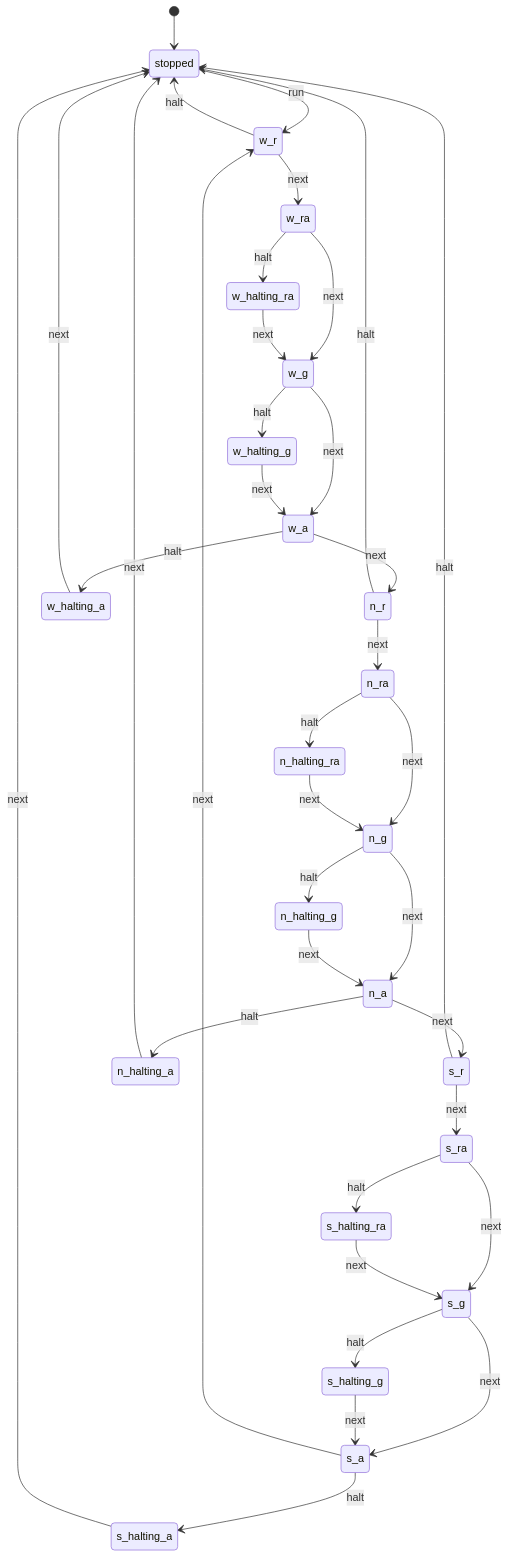
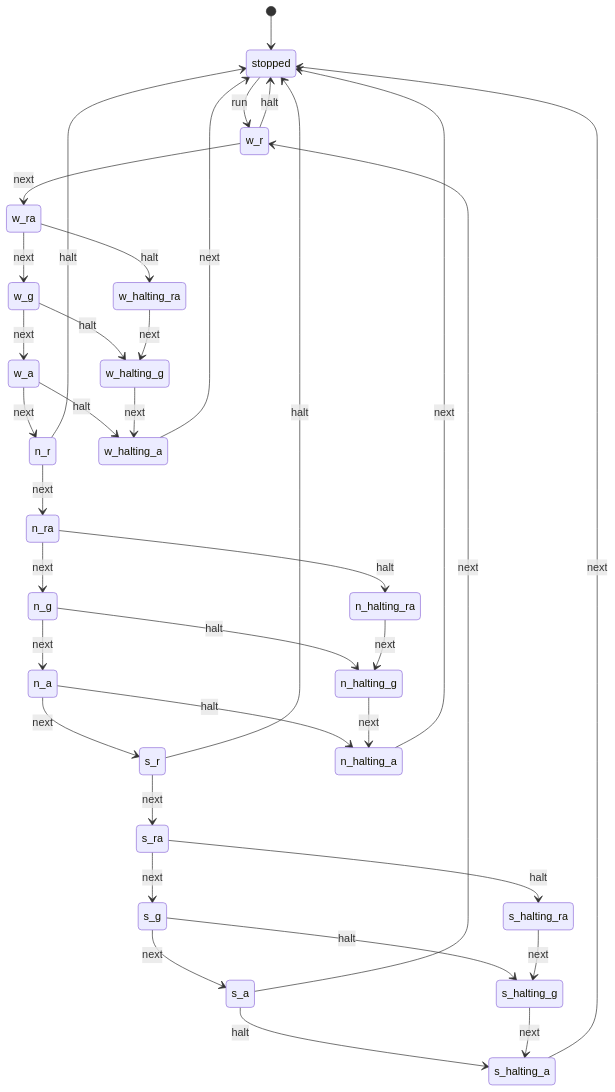
Before and after one commit to Janae024/E5-Assmt2-Traffic-Clojure: the diagram in doc/three-way.md, drawn with Mermaid. The commit also changed 6 other files, not shown here.

````diff
--- a/doc/three-way.md
+++ b/doc/three-way.md
@@ -17,58 +17,49 @@
 ```mermaid
-
 stateDiagram-v2
 
     [*] --> stopped
 
     stopped --> w_r : run
 
-    %% West cycle
     w_r --> w_ra : next
     w_ra --> w_g : next
     w_g --> w_a : next
     w_a --> n_r : next
 
-    %% North cycle
     n_r --> n_ra : next
     n_ra --> n_g : next
     n_g --> n_a : next
     n_a --> s_r : next
 
-    %% South cycle
     s_r --> s_ra : next
     s_ra --> s_g : next
     s_g --> s_a : next
-    s_a --> w_r : next
-
-    %% Immediate halt from red states
+    s_a --> w_r : next 
     w_r --> stopped : halt
     n_r --> stopped : halt
     s_r --> stopped : halt
 
-    %% Safe halt from west cycle
     w_ra --> w_halting_ra : halt
     w_g --> w_halting_g : halt
     w_a --> w_halting_a : halt
 
-    w_halting_ra --> w_g : next
-    w_halting_g --> w_a : next    
+    w_halting_ra --> w_halting_g : next
+    w_halting_g --> w_halting_a : next
     w_halting_a --> stopped : next
 
-    %% Safe halt from north cycle    
     n_ra --> n_halting_ra : halt
-    n_g --> n_halting_g : halt   
+    n_g --> n_halting_g : halt
     n_a --> n_halting_a : halt
 
-    n_halting_ra --> n_g : next
-    n_halting_g --> n_a : next
+    n_halting_ra --> n_halting_g : next
+    n_halting_g --> n_halting_a : next
     n_halting_a --> stopped : next
 
-    %% Safe halt from south cycle
-    s_ra --> s_halting_ra : halt    
+    s_ra --> s_halting_ra : halt
     s_g --> s_halting_g : halt
     s_a --> s_halting_a : halt
 
-    s_halting_ra --> s_g: next
-    s_halting_g --> s_a : next
+    s_halting_ra --> s_halting_g : next
+    s_halting_g --> s_halting_a : next
     s_halting_a --> stopped : next
 ```
````
